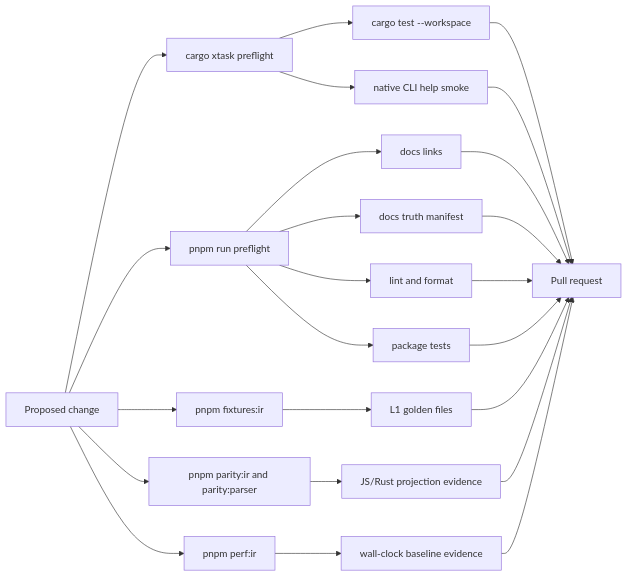
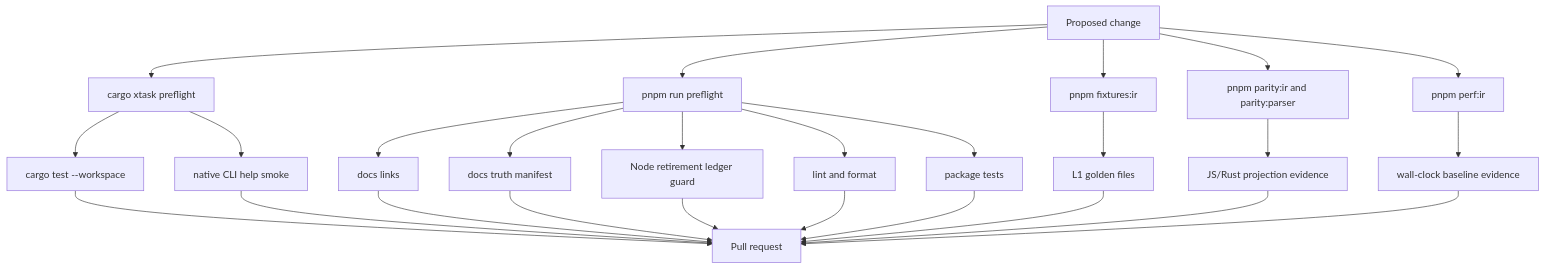
Before and after one commit to flyingrobots/wesley: diagram 20 of 23 in docs/END_TO_END.md, drawn with Mermaid. The commit also changed other lines of this file and 19 other files, not shown here.

Commit message:
feat: guard node retirement drift

````diff
--- a/docs/END_TO_END.md
+++ b/docs/END_TO_END.md
@@ -894,29 +895,31 @@
 ```mermaid
-flowchart LR
+flowchart TD
     Change[Proposed change] --> RustPreflight[cargo xtask preflight]
     Change --> LegacyPreflight[pnpm run preflight]
     Change --> Fixtures[pnpm fixtures:ir]
     Change --> Parity[pnpm parity:ir and parity:parser]
     Change --> Perf[pnpm perf:ir]
 
     RustPreflight --> RustTests[cargo test --workspace]
     RustPreflight --> NativeHelp[native CLI help smoke]
     LegacyPreflight --> DocsLinks[docs links]
     LegacyPreflight --> DocsTruth[docs truth manifest]
+    LegacyPreflight --> NodeRetirement[Node retirement ledger guard]
     LegacyPreflight --> Lint[lint and format]
     LegacyPreflight --> PackageTests[package tests]
 
     Fixtures --> Golden[L1 golden files]
     Parity --> Comparator[JS/Rust projection evidence]
     Perf --> Baseline[wall-clock baseline evidence]
 
     RustTests --> PR[Pull request]
     NativeHelp --> PR
     DocsLinks --> PR
     DocsTruth --> PR
+    NodeRetirement --> PR
     Lint --> PR
     PackageTests --> PR
     Golden --> PR
     Comparator --> PR
     Baseline --> PR
 ```
````
